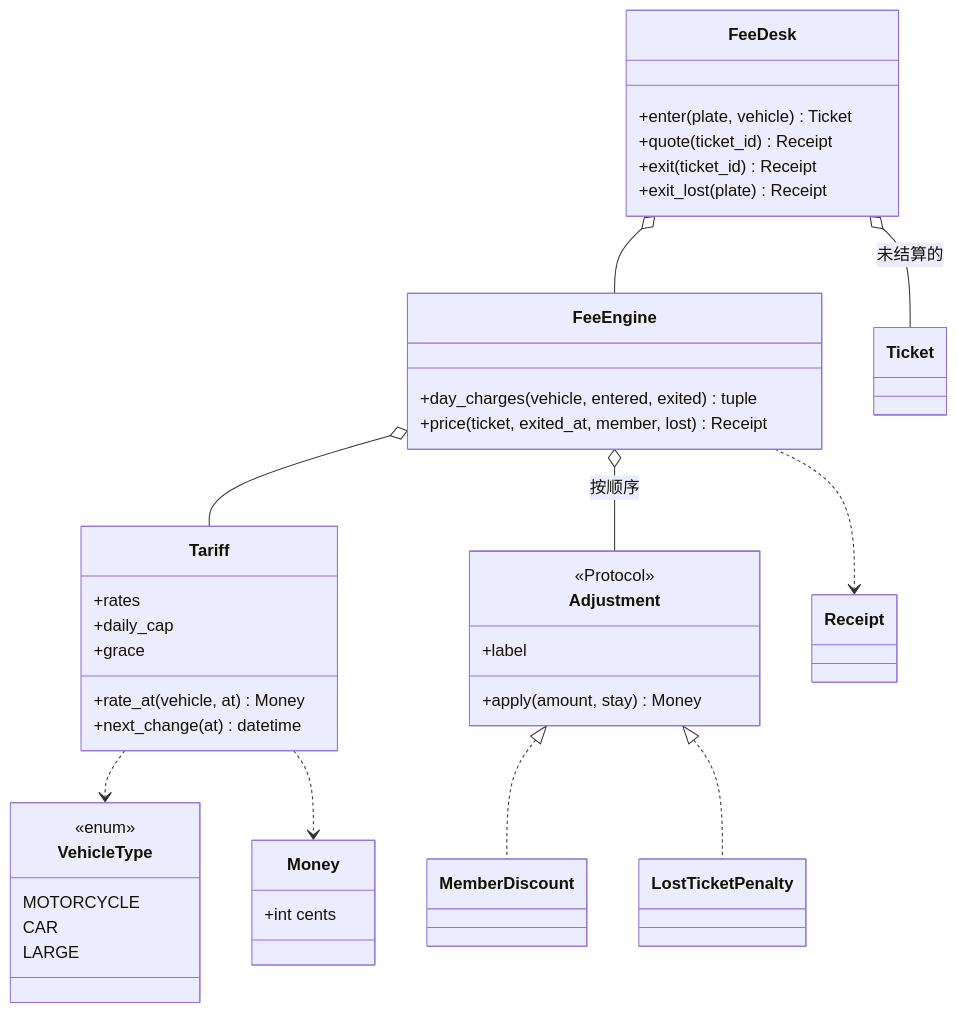
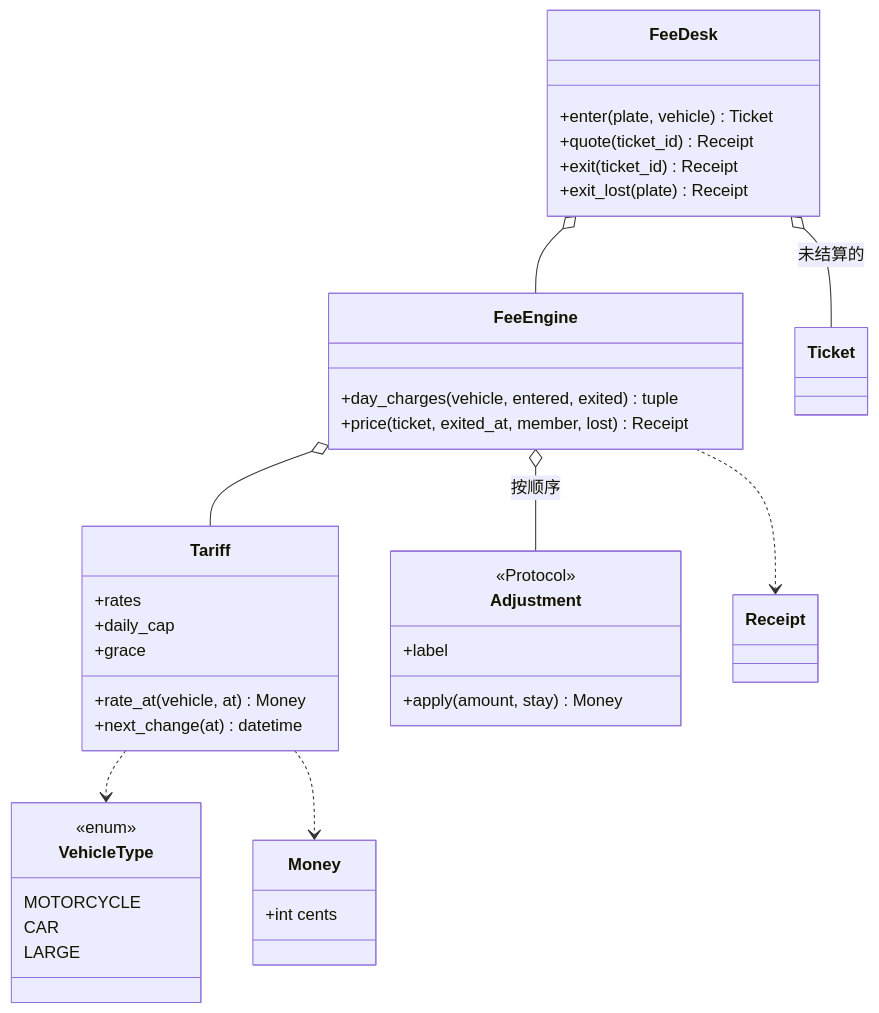
Before and after one commit to ChiChasesCheese/trellis: the diagram in vault/domains/low-level-design/readings/problems/solution-amz-parking-fees.md, drawn with Mermaid. The commit also changed other lines of this file and 69 other files, not shown here.

First line of the commit message:
Rewrite pass to WRITING_RULES: SD01-07, LLD amazon leaves 5-12, coding notes + cards; diagrams fit the page

````diff
--- a/vault/domains/low-level-design/readings/problems/solution-amz-parking-fees.md
+++ b/vault/domains/low-level-design/readings/problems/solution-amz-parking-fees.md
@@ -49,47 +43,43 @@
 ```mermaid
 classDiagram
     class Money {
         +int cents
     }
     class VehicleType {
         <<enum>>
         MOTORCYCLE
         CAR
         LARGE
     }
     class Tariff {
         +rates
         +daily_cap
         +grace
         +rate_at(vehicle, at) Money
         +next_change(at) datetime
     }
     class FeeEngine {
         +day_charges(vehicle, entered, exited) tuple
         +price(ticket, exited_at, member, lost) Receipt
     }
     class Adjustment {
         <<Protocol>>
         +label
         +apply(amount, stay) Money
     }
-    class MemberDiscount
-    class LostTicketPenalty
     class Ticket
     class Receipt
     class FeeDesk {
         +enter(plate, vehicle) Ticket
         +quote(ticket_id) Receipt
         +exit(ticket_id) Receipt
         +exit_lost(plate) Receipt
     }
     FeeEngine o-- Tariff
     FeeEngine o-- Adjustment : 按顺序
-    Adjustment <|.. MemberDiscount
-    Adjustment <|.. LostTicketPenalty
     FeeDesk o-- FeeEngine
     FeeDesk o-- Ticket : 未结算的
     FeeEngine ..> Receipt
     Tariff ..> VehicleType
     Tariff ..> Money
 ```
````
